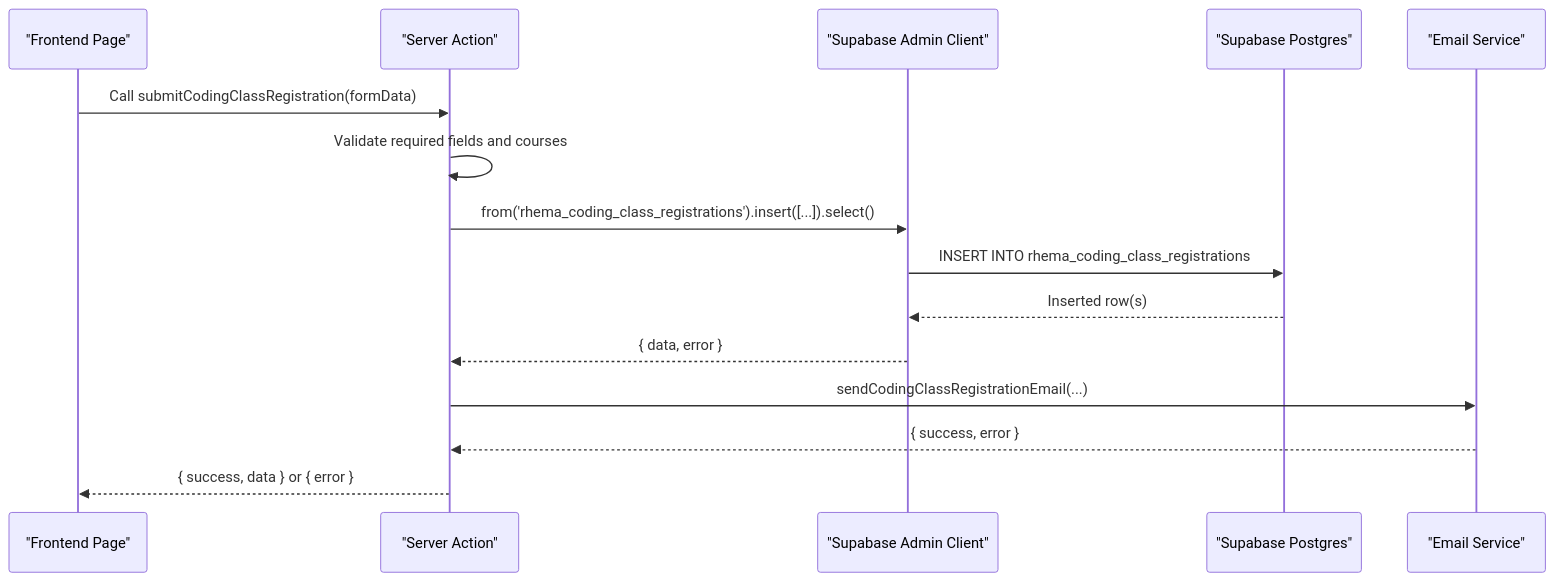
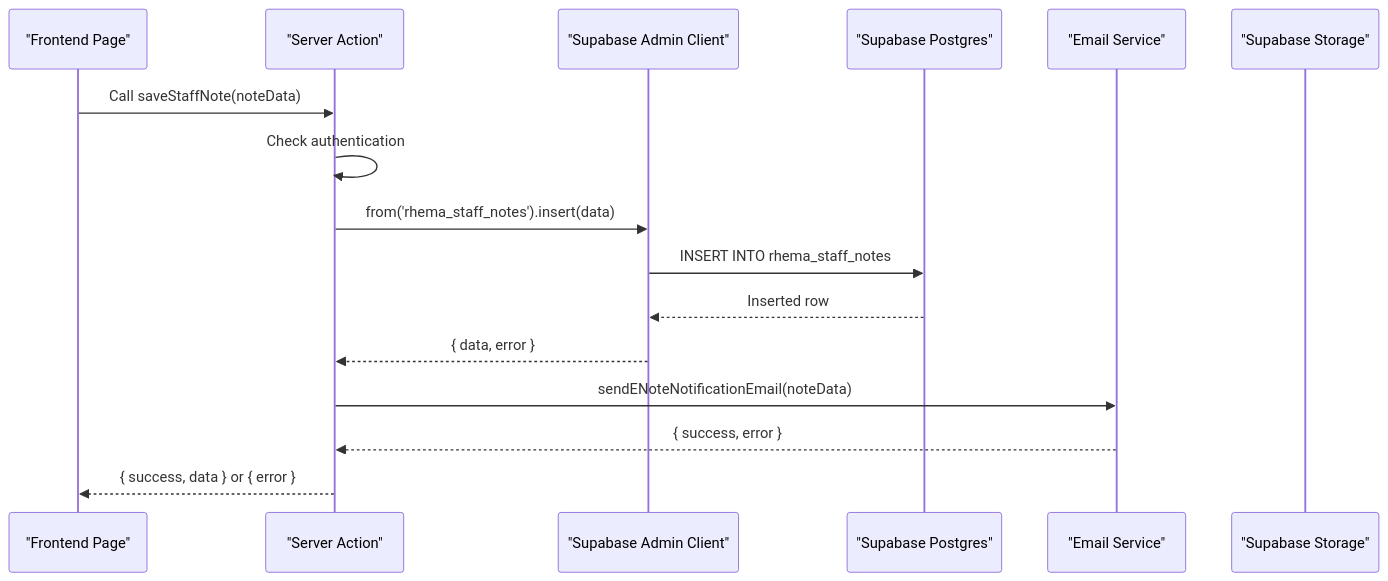
One commit to Black-box01/rhemaexpertsolutions changed the seventh of 8 diagrams in .qoder/repowiki/en/content/Database Integration/Database Schema.md. Above: the diagram before and after it, drawn with Mermaid. The commit also changed other lines of this file and 31 other files, not shown here.

````diff
--- a/.qoder/repowiki/en/content/Database Integration/Database Schema.md
+++ b/.qoder/repowiki/en/content/Database Integration/Database Schema.md
@@ -269,17 +427,18 @@
 ```mermaid
 sequenceDiagram
 participant FE as "Frontend Page"
 participant SA as "Server Action"
 participant SC as "Supabase Admin Client"
 participant DB as "Supabase Postgres"
 participant EMAIL as "Email Service"
-FE->>SA : Call submitCodingClassRegistration(formData)
-SA->>SA : Validate required fields and courses
-SA->>SC : from('rhema_coding_class_registrations').insert([...]).select()
-SC->>DB : INSERT INTO rhema_coding_class_registrations
-DB-->>SC : Inserted row(s)
+participant STORAGE as "Supabase Storage"
+FE->>SA : Call saveStaffNote(noteData)
+SA->>SA : Check authentication
+SA->>SC : from('rhema_staff_notes').insert(data)
+SC->>DB : INSERT INTO rhema_staff_notes
+DB-->>SC : Inserted row
 SC-->>SA : { data, error }
-SA->>EMAIL : sendCodingClassRegistrationEmail(...)
+SA->>EMAIL : sendENoteNotificationEmail(noteData)
 EMAIL-->>SA : { success, error }
 SA-->>FE : { success, data } or { error }
 ```
````
